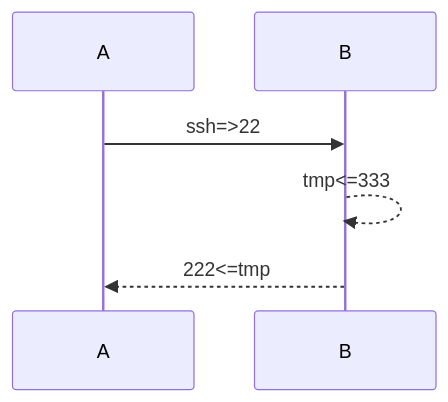
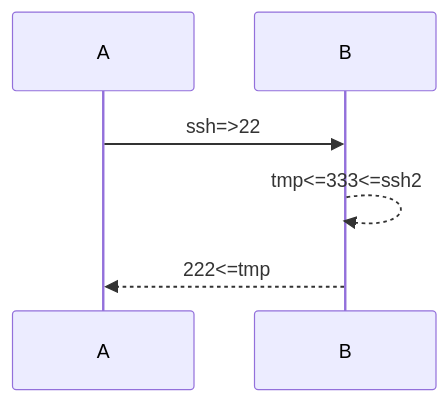
The first of 3 diagrams in linux/tools/ssh端口转发.md (csy9730/tool_misc), drawn with Mermaid before and after one commit. The commit also changed other lines of this file and 8 other files, not shown here.

````diff
--- a/linux/tools/ssh端口转发.md
+++ b/linux/tools/ssh端口转发.md
@@ -10,7 +24,7 @@
-```mermaid
+``` mermaid
 sequenceDiagram
 A->>B:  ssh=>22
-B-->>B:tmp<=333
+B-->>B:tmp<=333<=ssh2
 B-->>A: 222<=tmp
 
 ```
````
